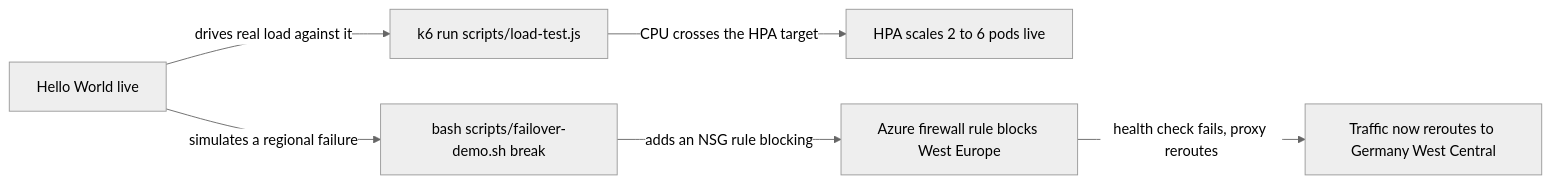
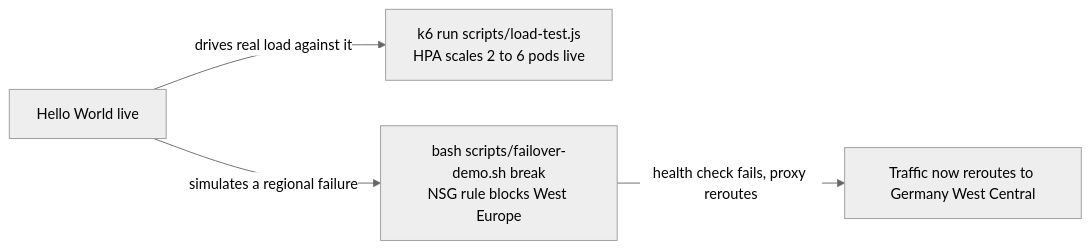
One commit to Dennis4507/cloud-native-ha-platform changed the fourth of 4 diagrams in README.md. Above: the diagram before and after it, drawn with Mermaid (neutral theme). The commit also changed other lines of this file, not shown here.

First line of the commit message:
Merge command+result into single two-line boxes across all 4 diagrams

````diff
--- a/README.md
+++ b/README.md
@@ -84,8 +71,6 @@
 ```mermaid
 flowchart LR
-    IN4["Hello World live"] -->|drives real load against it| CMD6a["k6 run scripts/load-test.js"]
-    CMD6a -->|CPU crosses the HPA target| OUT6a["HPA scales 2 to 6 pods live"]
-    IN4 -->|simulates a regional failure| CMD6b["bash scripts/failover-demo.sh break"]
-    CMD6b -->|adds an NSG rule blocking| OUT6b["Azure firewall rule blocks West Europe"]
-    OUT6b -->|health check fails, proxy reroutes| OUT7["Traffic now reroutes to Germany West Central"]
+    IN4["Hello World live"] -->|drives real load against it| CMD6a["k6 run scripts/load-test.js<br/>HPA scales 2 to 6 pods live"]
+    IN4 -->|simulates a regional failure| CMD6b["bash scripts/failover-demo.sh break<br/>NSG rule blocks West Europe"]
+    CMD6b -->|health check fails, proxy reroutes| OUT7["Traffic now reroutes to Germany West Central"]
 ```
````
